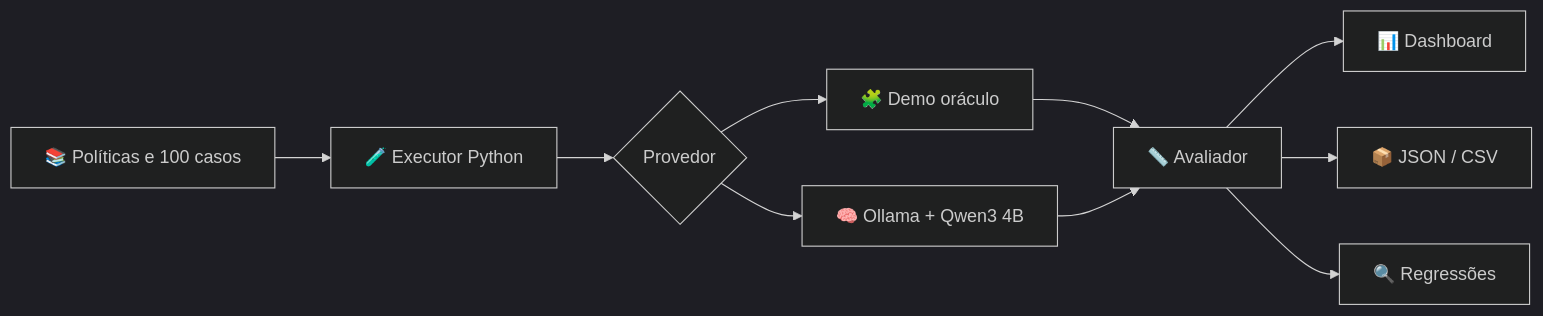
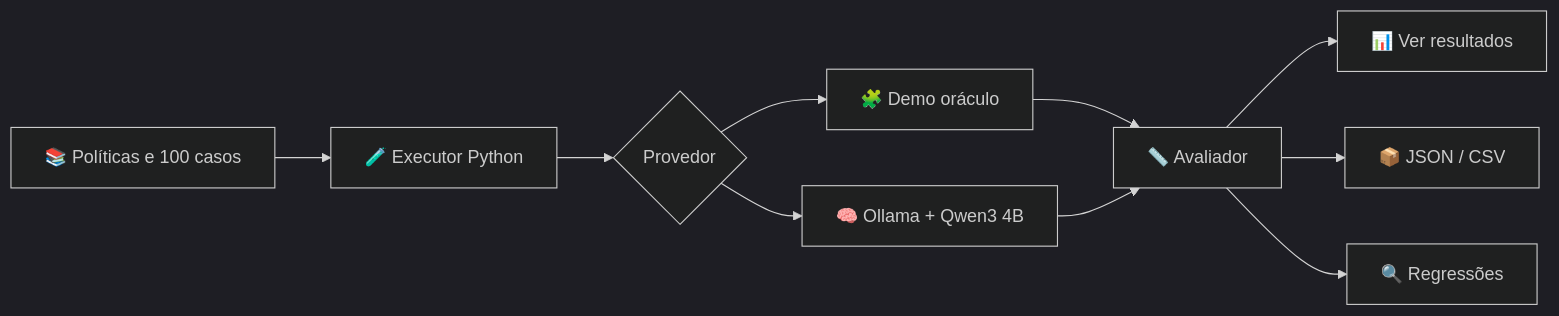
Before and after one commit to yhenriux/ai-reliability-lab: the diagram in README.md, drawn with Mermaid (dark theme). The commit also changed other lines of this file and 5 other files, not shown here.

````diff
--- a/README.md
+++ b/README.md
@@ -58,12 +58,12 @@
 ```mermaid
 flowchart LR
     A["📚 Políticas e 100 casos"] --> B["🧪 Executor Python"]
     B --> C{"Provedor"}
     C --> D["🧩 Demo oráculo"]
     C --> E["🧠 Ollama + Qwen3 4B"]
     D --> F["📏 Avaliador"]
     E --> F
-    F --> G["📊 Dashboard"]
+    F --> G["📊 Ver resultados"]
     F --> H["📦 JSON / CSV"]
     F --> I["🔍 Regressões"]
 ```
````
